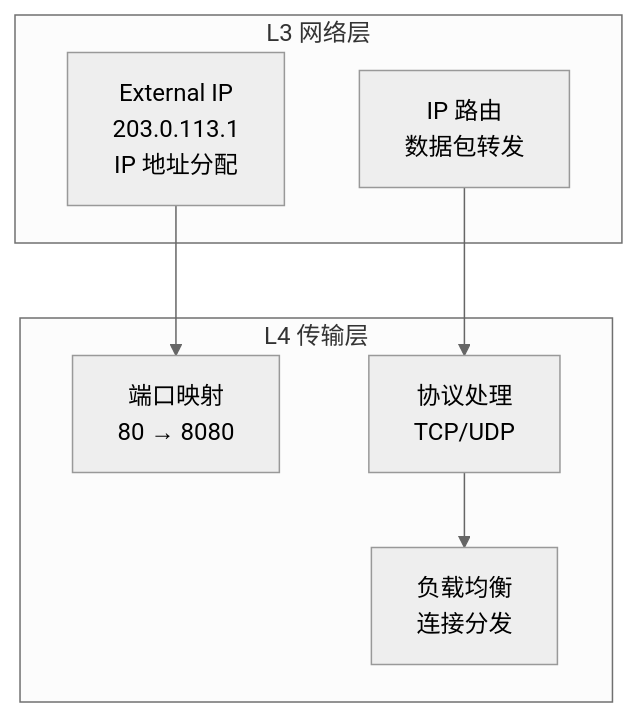
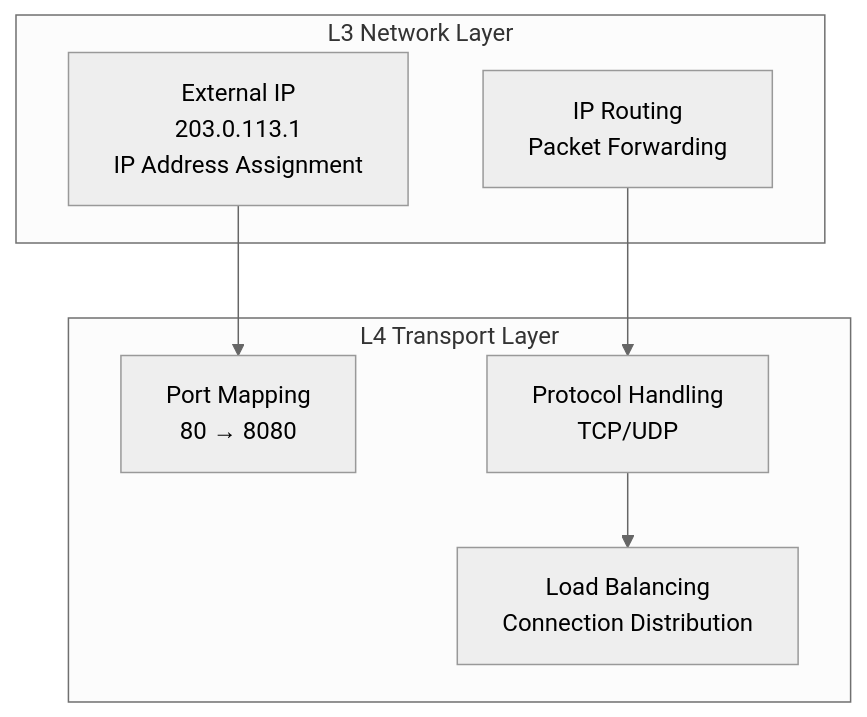
One commit to liweinan/deepseek-answers changed the third of 8 diagrams in files/k8s-lb.md. Above: the diagram before and after it, drawn with Mermaid (neutral theme). The commit also changed other lines of this file and 135 other files, not shown here.

````diff
--- a/files/k8s-lb.md
+++ b/files/k8s-lb.md
@@ -305,17 +305,17 @@
 ```mermaid
 graph TD
-    subgraph L3["L3 网络层"]
-        ExternalIP["External IP<br/>203.0.113.1<br/>IP 地址分配"]
-        Routing["IP 路由<br/>数据包转发"]
+    subgraph L3["L3 Network Layer"]
+        ExternalIP["External IP<br/>203.0.113.1<br/>IP Address Assignment"]
+        Routing["IP Routing<br/>Packet Forwarding"]
     end
     
-    subgraph L4["L4 传输层"]
-        PortMapping["端口映射<br/>80 → 8080"]
-        Protocol["协议处理<br/>TCP/UDP"]
-        LoadBalancing["负载均衡<br/>连接分发"]
+    subgraph L4["L4 Transport Layer"]
+        PortMapping["Port Mapping<br/>80 → 8080"]
+        Protocol["Protocol Handling<br/>TCP/UDP"]
+        LoadBalancing["Load Balancing<br/>Connection Distribution"]
     end
     
     ExternalIP --> PortMapping
     Routing --> Protocol
     Protocol --> LoadBalancing
 ```
````
